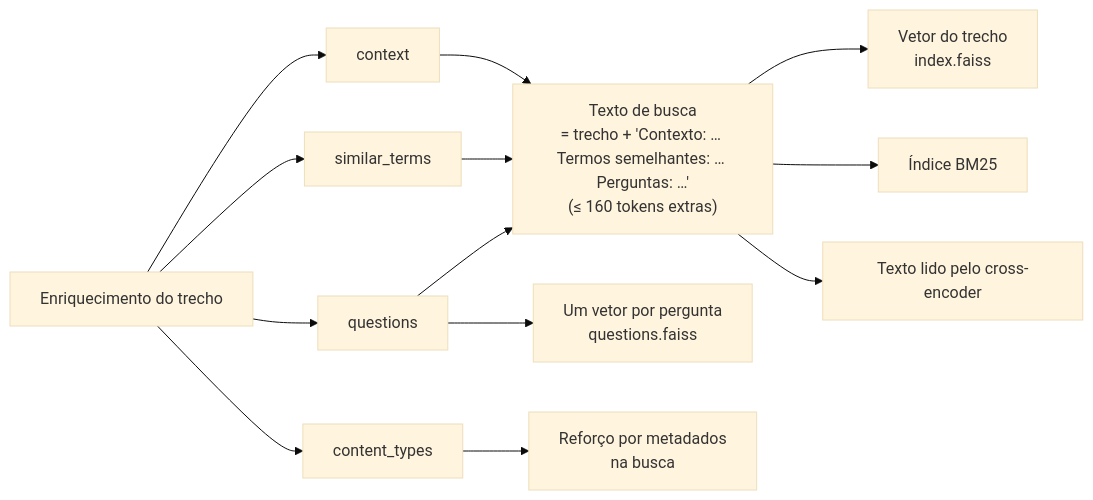
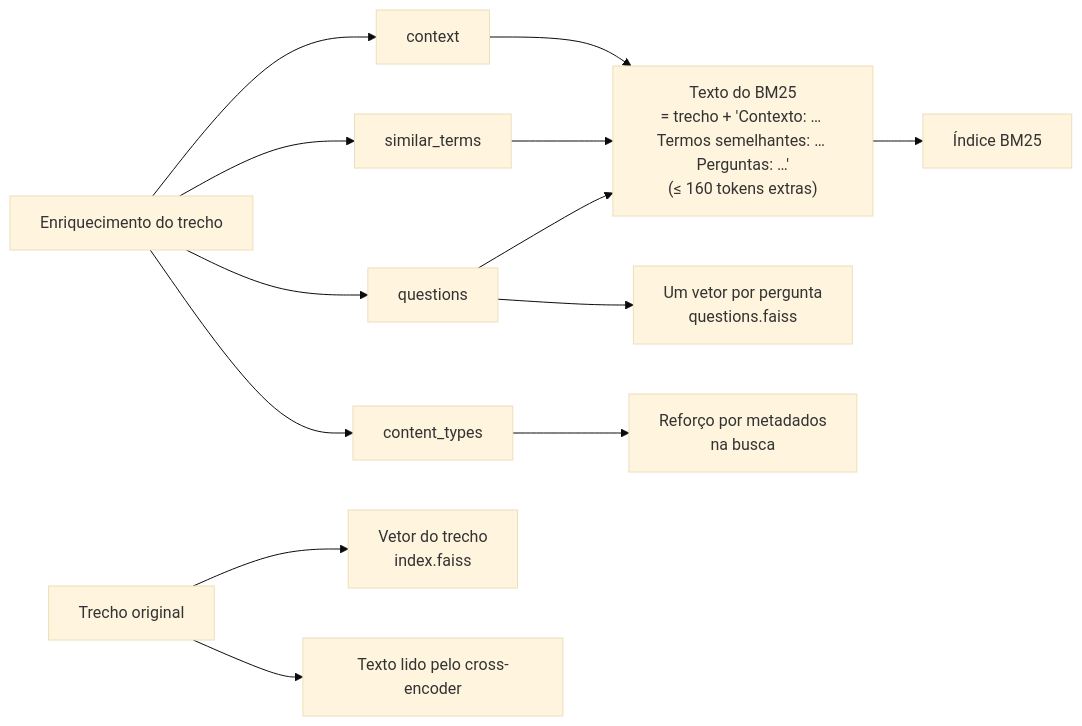
One commit to augustobook/backend-ai-dot changed the second of 2 diagrams in 03/semantic_search/docs/EMBEDDINGS_PIPELINE.md. Above: the diagram before and after it, drawn with Mermaid (base theme). The commit also changed other lines of this file and 13 other files, not shown here.

First line of the commit message:
feat(03): trecho original no vetor e no cross-encoder, limite de relevância calibrado

````diff
--- a/03/semantic_search/docs/EMBEDDINGS_PIPELINE.md
+++ b/03/semantic_search/docs/EMBEDDINGS_PIPELINE.md
@@ -214,14 +225,14 @@
 ```mermaid
 flowchart LR
     EN["Enriquecimento do trecho"] --> CT["context"]
     EN --> ST["similar_terms"]
     EN --> QU["questions"]
     EN --> TY["content_types"]
 
-    CT & ST & QU --> TXT["Texto de busca<br/>= trecho + 'Contexto: … Termos semelhantes: … Perguntas: …'<br/>(≤ 160 tokens extras)"]
-    TXT --> V1["Vetor do trecho<br/>index.faiss"]
+    CT & ST & QU --> TXT["Texto do BM25<br/>= trecho + 'Contexto: … Termos semelhantes: … Perguntas: …'<br/>(≤ 160 tokens extras)"]
     TXT --> BM["Índice BM25"]
-    TXT --> CE["Texto lido pelo cross-encoder"]
     QU --> V2["Um vetor por pergunta<br/>questions.faiss"]
+    OR["Trecho original"] --> V1["Vetor do trecho<br/>index.faiss"]
+    OR --> CE["Texto lido pelo cross-encoder"]
     TY --> BO["Reforço por metadados<br/>na busca"]
 ```
````
